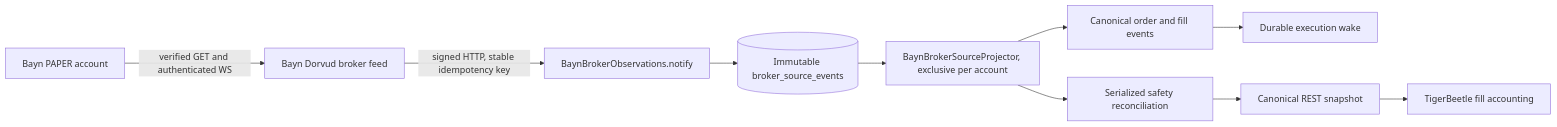
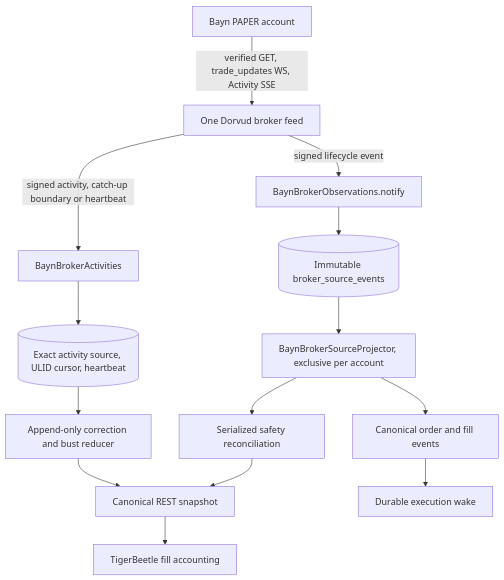
The diagram in argocd/applications/bayn/README.md (proompteng/lab), drawn with Mermaid before and after one commit. The commit also changed other lines of this file and 40 other files, not shown here.

Commit message:
feat(bayn): own broker activities durably

````diff
--- a/argocd/applications/bayn/README.md
+++ b/argocd/applications/bayn/README.md
@@ -42,12 +43,16 @@
 ```mermaid
-flowchart LR
-  Alpaca[Bayn PAPER account] -->|verified GET and authenticated WS| Dorvud[Bayn Dorvud broker feed]
-  Dorvud -->|signed HTTP, stable idempotency key| Notify[BaynBrokerObservations.notify]
+flowchart TB
+  Alpaca[Bayn PAPER account] -->|verified GET, trade_updates WS, Activity SSE| Dorvud[One Dorvud broker feed]
+  Dorvud -->|signed lifecycle event| Notify[BaynBrokerObservations.notify]
+  Dorvud -->|signed activity, catch-up boundary or heartbeat| Activity[BaynBrokerActivities]
   Notify --> Ledger[(Immutable broker_source_events)]
+  Activity --> ActivityLedger[(Exact activity source, ULID cursor, heartbeat)]
   Ledger --> Project[BaynBrokerSourceProjector, exclusive per account]
+  ActivityLedger --> Reduce[Append-only correction and bust reducer]
   Project --> Order[Canonical order and fill events]
+  Reduce --> Snapshot
   Order --> Wake[Durable execution wake]
   Project --> Reconcile[Serialized safety reconciliation]
   Reconcile --> Snapshot[Canonical REST snapshot]
   Snapshot --> Accounting[TigerBeetle fill accounting]
 ```
````
